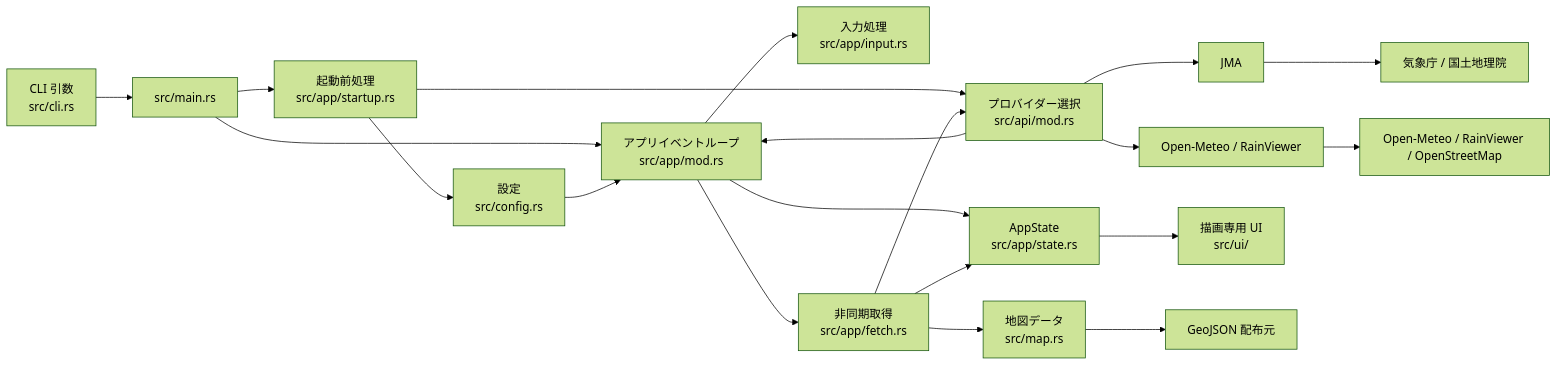
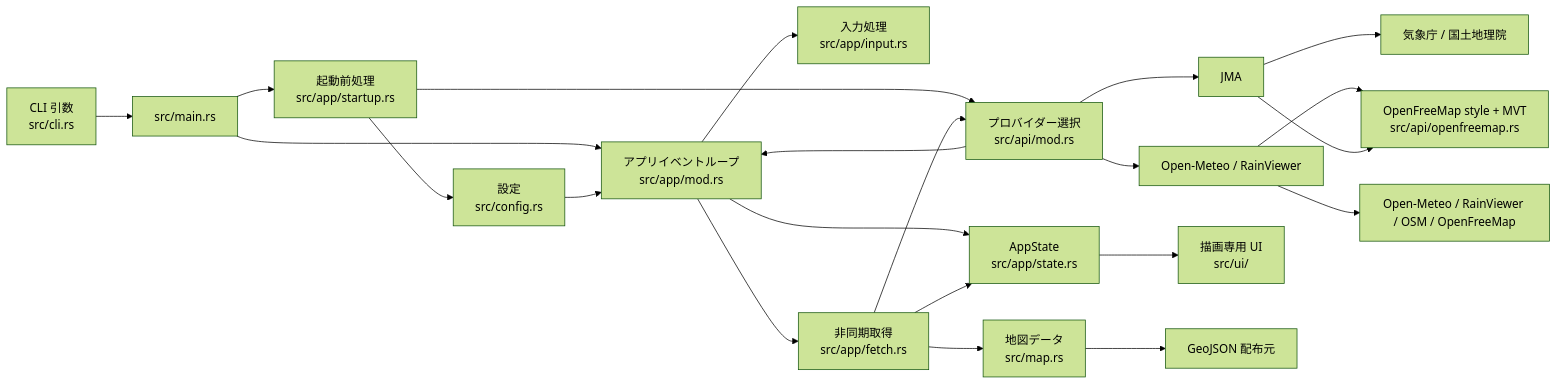
Before and after one commit to iorinu/termrain: the first of 3 diagrams in docs/architecture.md, drawn with Mermaid (forest theme). The commit also changed 17 other files, not shown here.

````diff
--- a/docs/architecture.md
+++ b/docs/architecture.md
@@ -9,24 +9,26 @@
 ```mermaid
 flowchart LR
     CLI["CLI 引数<br/>src/cli.rs"] --> Main[src/main.rs]
     Main --> Startup["起動前処理<br/>src/app/startup.rs"]
     Startup --> Config["設定<br/>src/config.rs"]
     Startup --> Provider["プロバイダー選択<br/>src/api/mod.rs"]
     Provider --> JMA[JMA]
     Provider --> OpenMeteo[Open-Meteo / RainViewer]
 
     Main --> App["アプリイベントループ<br/>src/app/mod.rs"]
     Config --> App
     Provider --> App
     App --> State["AppState<br/>src/app/state.rs"]
     App --> Input["入力処理<br/>src/app/input.rs"]
     App --> Fetch["非同期取得<br/>src/app/fetch.rs"]
     Fetch --> Provider
     Fetch --> Map["地図データ<br/>src/map.rs"]
     Fetch --> State
     State --> UI["描画専用 UI<br/>src/ui/"]
 
     JMA --> JmaApi[気象庁 / 国土地理院]
-    OpenMeteo --> GlobalApi[Open-Meteo / RainViewer / OpenStreetMap]
+    OpenMeteo --> GlobalApi[Open-Meteo / RainViewer / OSM / OpenFreeMap]
+    OpenMeteo --> VectorMap["OpenFreeMap style + MVT<br/>src/api/openfreemap.rs"]
+    JMA --> VectorMap
     Map --> GeoJson[GeoJSON 配布元]
 ```
````
